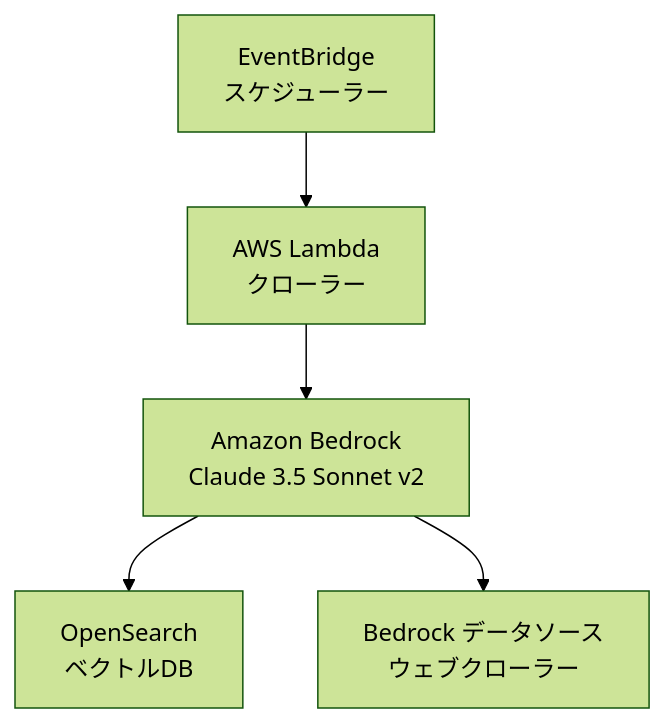
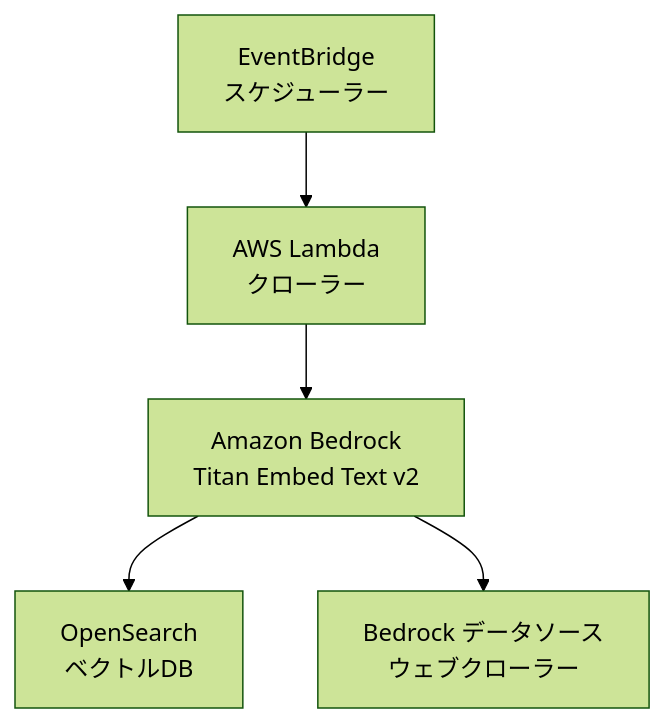
One commit to kohei39san/mystudy-handson changed the diagram in 014.bedrock-webcrawler/README.md. Above: the diagram before and after it, drawn with Mermaid (forest theme). The commit also changed other lines of this file and 8 other files, not shown here.

First line of the commit message:
refactor: update Bedrock web crawler with Titan Embed Text v2

````diff
--- a/014.bedrock-webcrawler/README.md
+++ b/014.bedrock-webcrawler/README.md
@@ -9,7 +9,7 @@
 ```mermaid
 graph TB
-    Bedrock[Amazon Bedrock<br/>Claude 3.5 Sonnet v2] --> OpenSearch[OpenSearch<br/>ベクトルDB]
+    Bedrock[Amazon Bedrock<br/>Titan Embed Text v2] --> OpenSearch[OpenSearch<br/>ベクトルDB]
     EventBridge[EventBridge<br/>スケジューラー] --> Lambda[AWS Lambda<br/>クローラー]
     Lambda --> Bedrock
     Bedrock --> WebCrawler[Bedrock データソース<br/>ウェブクローラー]
 ```
````
